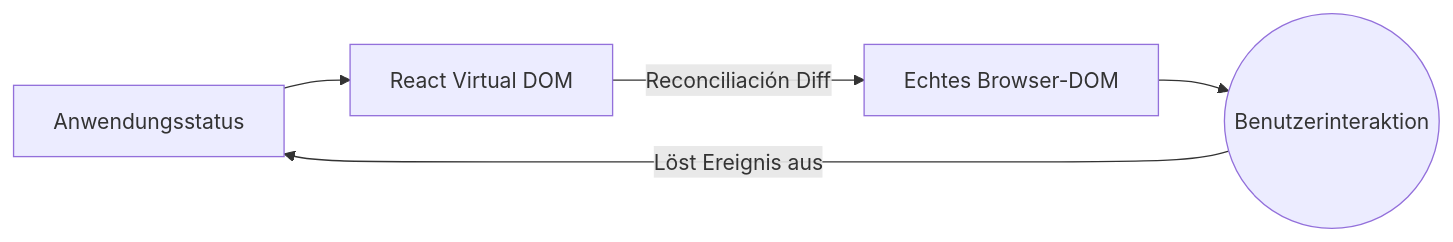
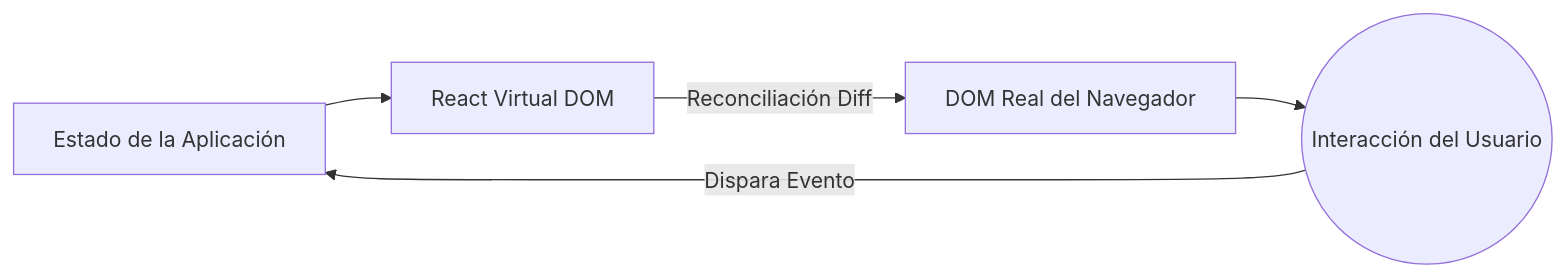
Before and after one commit to gjpierp/nmergeia: the first of 2 diagrams in public/docs/de/ext_react_inicial.md, drawn with Mermaid. The commit also changed other lines of this file and 518 other files, not shown here.

````diff
--- a/public/docs/de/ext_react_inicial.md
+++ b/public/docs/de/ext_react_inicial.md
@@ -9,7 +9,7 @@
 ```mermaid
 graph LR
-    Estado[Anwendungsstatus] --> ReactEngine[React Virtual DOM]
-    ReactEngine -->|Reconciliación Diff| DOM[Echtes Browser-DOM]
-    DOM --> Usuario((Benutzerinteraktion))
-    Usuario -->|Löst Ereignis aus| Estado
+    Estado[Estado de la Aplicación] --> ReactEngine[React Virtual DOM]
+    ReactEngine -->|Reconciliación Diff| DOM[DOM Real del Navegador]
+    DOM --> Usuario((Interacción del Usuario))
+    Usuario -->|Dispara Evento| Estado
 ```
````
